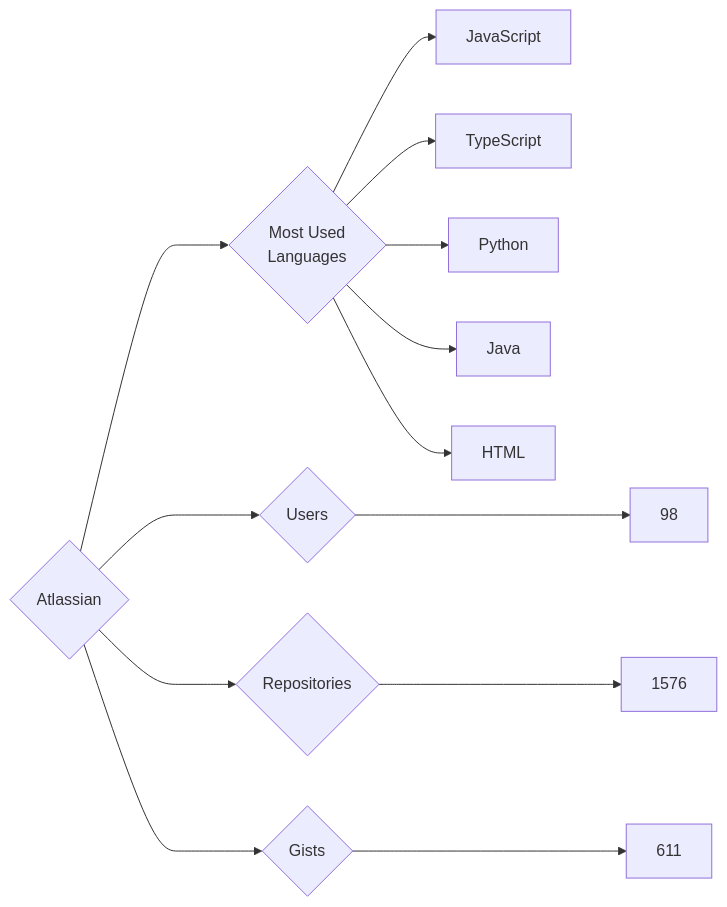
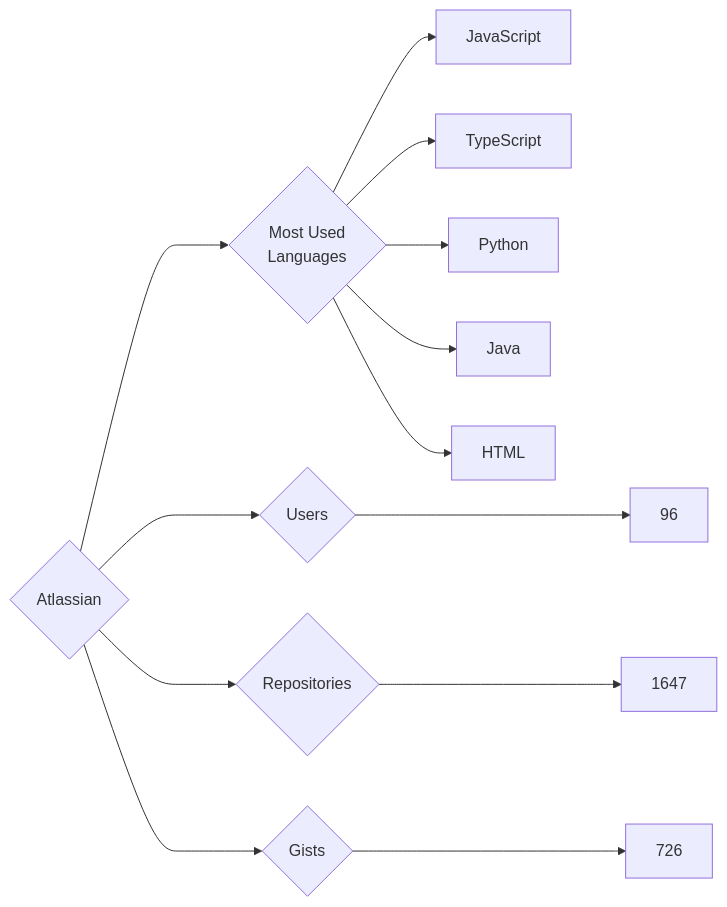
One commit to trickest/insiders changed the diagram in targets/Atlassian/README.md. Above: the diagram before and after it, drawn with Mermaid. The commit also changed 688 other files, not shown here.

````diff
--- a/targets/Atlassian/README.md
+++ b/targets/Atlassian/README.md
@@ -3,13 +3,13 @@
 ```mermaid
 graph LR
 COMPANY_NAME{Atlassian}
-COMPANY_NAME ---> U{Users} ---> UN[98]
-COMPANY_NAME ---> R{Repositories} ---> RN[1576]
-COMPANY_NAME ---> G{Gists} ---> GN[611]
+COMPANY_NAME ---> U{Users} ---> UN[96]
+COMPANY_NAME ---> R{Repositories} ---> RN[1647]
+COMPANY_NAME ---> G{Gists} ---> GN[726]
 COMPANY_NAME ---> ML{Most Used<br>Languages}
 ML --> JavaScript[JavaScript]
 ML --> TypeScript[TypeScript]
 ML --> Python[Python]
 ML --> Java[Java]
 ML --> HTML[HTML]
 ```
````
